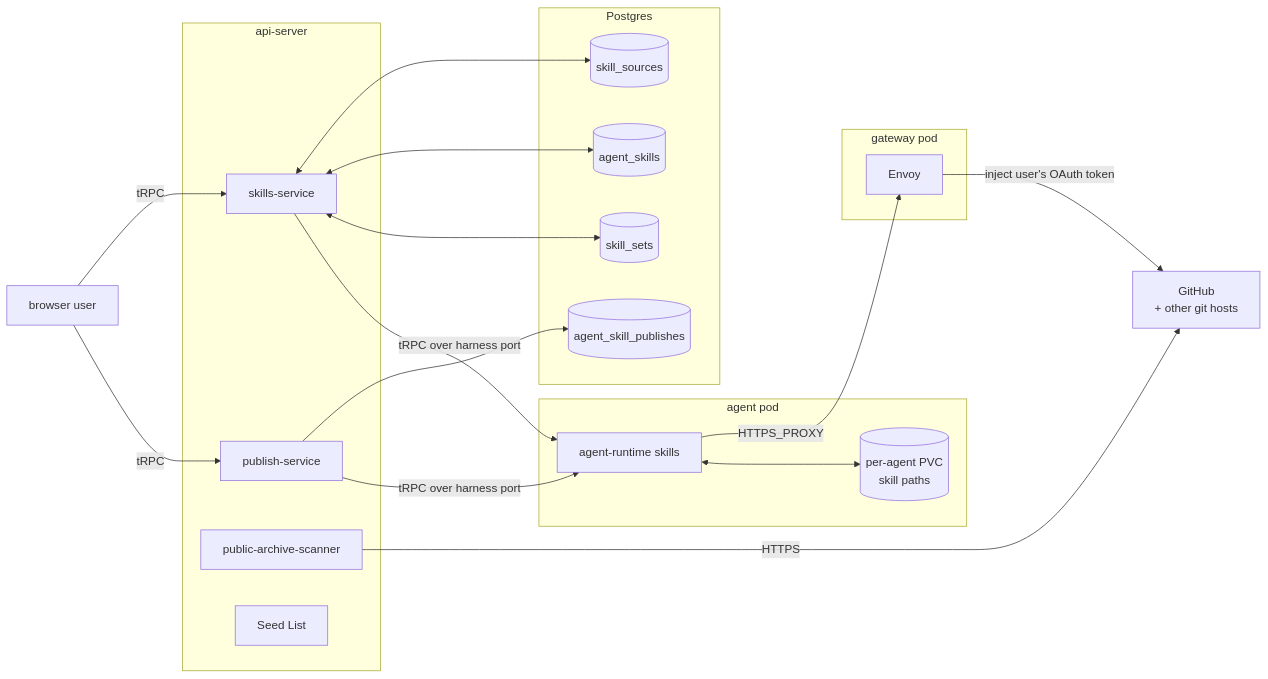
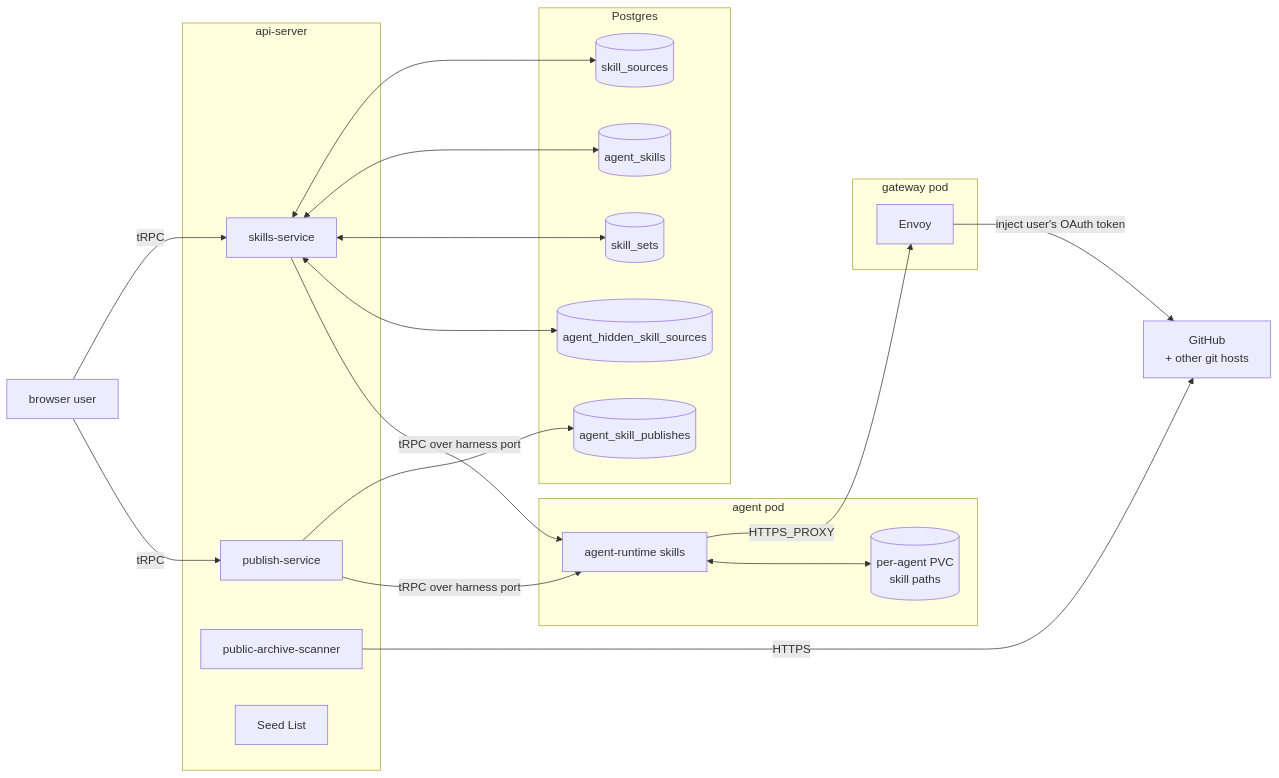
The first of 3 diagrams in docs/architecture/skills.md (dam-agents/dam), drawn with Mermaid before and after one commit. The commit also changed other lines of this file and 21 other files, not shown here.

First line of the commit message:
feat(skills): hide a skill source for one agent

````diff
--- a/docs/architecture/skills.md
+++ b/docs/architecture/skills.md
@@ -24,44 +24,46 @@
 ```mermaid
 flowchart LR
   user[browser user]
   github[GitHub<br/>+ other git hosts]
 
   subgraph api-server[api-server]
     skills-svc[skills-service]
     pub-svc[publish-service]
     scanner[public-archive-scanner]
     seeds[Seed List]
   end
 
   subgraph postgres[Postgres]
     src[(skill_sources)]
     inst[(agent_skills)]
     pubs[(agent_skill_publishes)]
     sets[(skill_sets)]
+    hidden[(agent_hidden_skill_sources)]
   end
 
   subgraph pod[agent pod]
     rt-skills[agent-runtime skills]
     pvc[(per-agent PVC<br/>skill paths)]
   end
 
   subgraph gateway[gateway pod]
     envoy[Envoy]
   end
 
   user -->|tRPC| skills-svc
   user -->|tRPC| pub-svc
 
   skills-svc <--> src
   skills-svc <--> inst
   skills-svc <--> sets
+  skills-svc <--> hidden
   pub-svc --> pubs
 
   scanner -->|HTTPS| github
   skills-svc -->|tRPC over harness port| rt-skills
   pub-svc -->|tRPC over harness port| rt-skills
 
   rt-skills -->|HTTPS_PROXY| envoy
   envoy -->|inject user's OAuth token| github
   rt-skills <--> pvc
 ```
````
